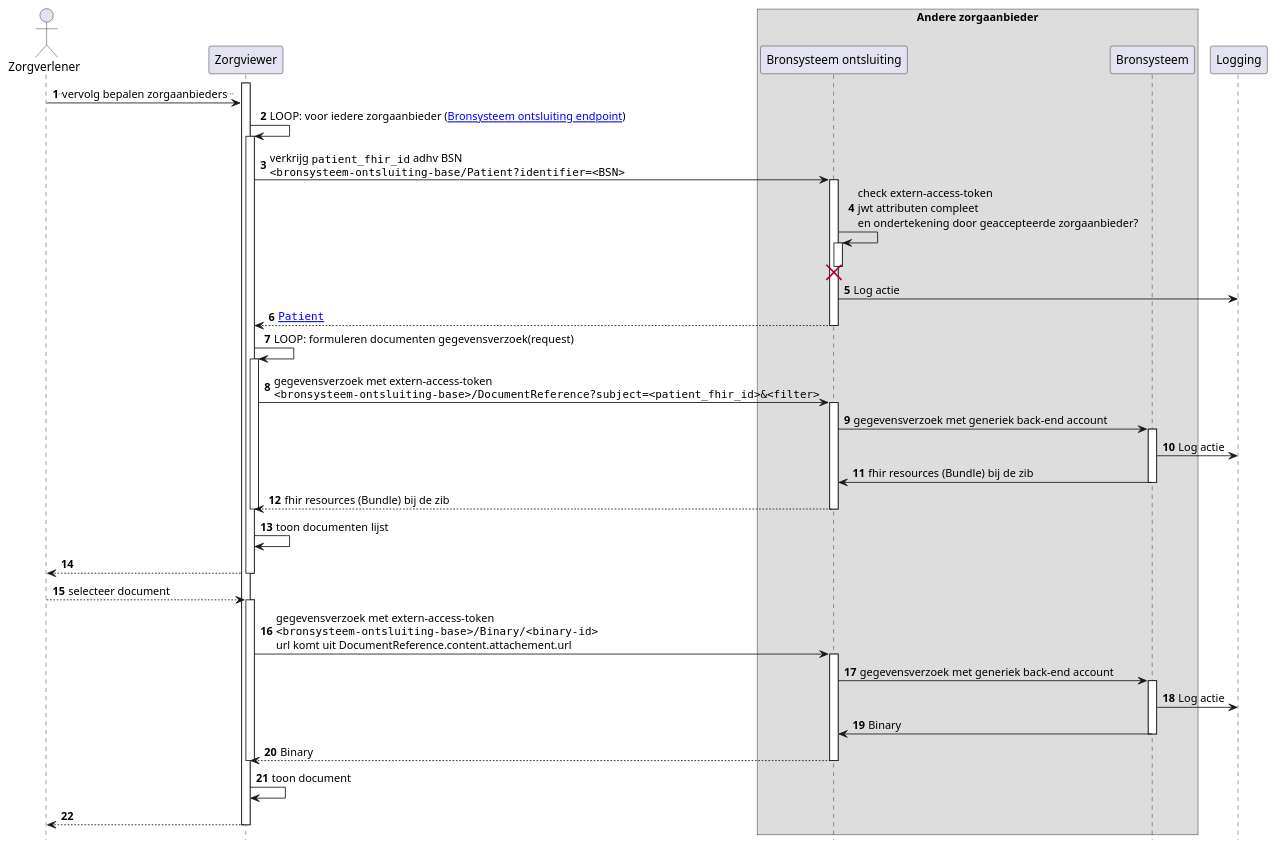
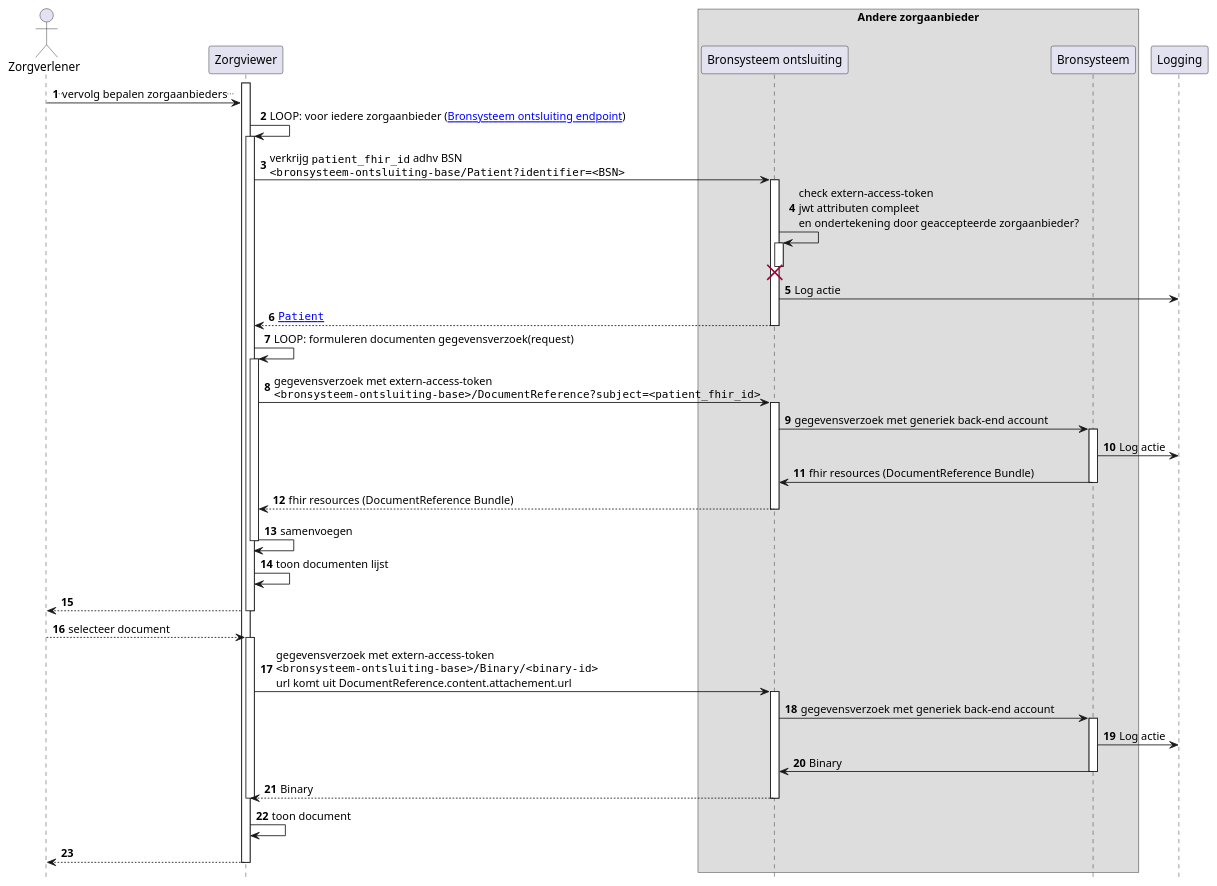
Before and after one commit to RIVO-Noord/zorgviewer-ig: the diagram in input/images-source/Zorgviewer-seq-4.plantuml, drawn with PlantUML.

Commit message:
Little fix

```diff
--- a/input/images-source/Zorgviewer-seq-4.plantuml
+++ b/input/images-source/Zorgviewer-seq-4.plantuml
@@ -1,55 +1,56 @@
 @startuml
 hide footbox
 autonumber
 
 actor Zorgverlener
 participant Zorgviewer
 box "Andere zorgaanbieder"
 participant "Bronsysteem ontsluiting" as Bron
 participant Bronsysteem
 end box
 
 activate Zorgviewer
 Zorgverlener->Zorgviewer: ..vervolg bepalen zorgaanbieders..
 Zorgviewer->Zorgviewer: LOOP: voor iedere zorgaanbieder ([[Endpoint-UMCG.html Bronsysteem ontsluiting endpoint]])
 activate Zorgviewer
 Zorgviewer->Bron : verkrijg ""patient_fhir_id"" adhv BSN\n""<bronsysteem-ontsluiting-base/Patient?identifier=<BSN>""
 activate Bron
 Bron->Bron++ : check extern-access-token\njwt attributen compleet\nen ondertekening door geaccepteerde zorgaanbieder?
 destroy Bron
 Bron->Logging : Log actie
 Bron-->Zorgviewer : ""[[StructureDefinition-Patient.html Patient]]""
 deactivate Bron
 Zorgviewer->Zorgviewer: LOOP: formuleren documenten gegevensverzoek(request)
 activate Zorgviewer
-Zorgviewer->Bron: gegevensverzoek met extern-access-token\n""<bronsysteem-ontsluiting-base>/DocumentReference?subject=<patient_fhir_id>&<filter>""
+Zorgviewer->Bron: gegevensverzoek met extern-access-token\n""<bronsysteem-ontsluiting-base>/DocumentReference?subject=<patient_fhir_id>""
 activate Bron
 Bron->Bronsysteem : gegevensverzoek met generiek back-end account
 activate Bronsysteem
 Bronsysteem->Logging : Log actie
-Bronsysteem->Bron: fhir resources (Bundle) bij de zib
+Bronsysteem->Bron: fhir resources (DocumentReference Bundle)
 deactivate Bronsysteem
-Bron-->Zorgviewer: fhir resources (Bundle) bij de zib
+Bron-->Zorgviewer: fhir resources (DocumentReference Bundle)
 deactivate Bron
+Zorgviewer->Zorgviewer: samenvoegen
 deactivate Zorgviewer
 Zorgviewer->Zorgviewer: toon documenten lijst
 Zorgviewer-->Zorgverlener
 deactivate Zorgviewer
 
 Zorgverlener-->Zorgviewer: selecteer document
 activate Zorgviewer
 Zorgviewer->Bron: gegevensverzoek met extern-access-token\n""<bronsysteem-ontsluiting-base>/Binary/<binary-id>""\nurl komt uit DocumentReference.content.attachement.url
 activate Bron
 Bron->Bronsysteem : gegevensverzoek met generiek back-end account
 activate Bronsysteem
 Bronsysteem->Logging : Log actie
 Bronsysteem->Bron: Binary
 deactivate Bronsysteem
 Bron-->Zorgviewer: Binary
 deactivate Bron
 deactivate Zorgviewer
 Zorgviewer->Zorgviewer: toon document
 Zorgviewer-->Zorgverlener
 deactivate Zorgviewer
 
 @enduml
```
